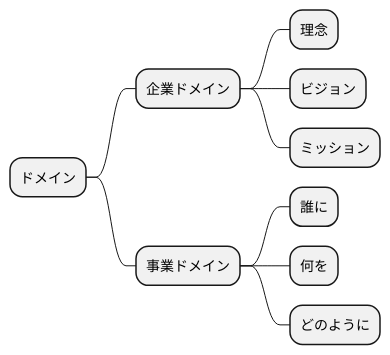
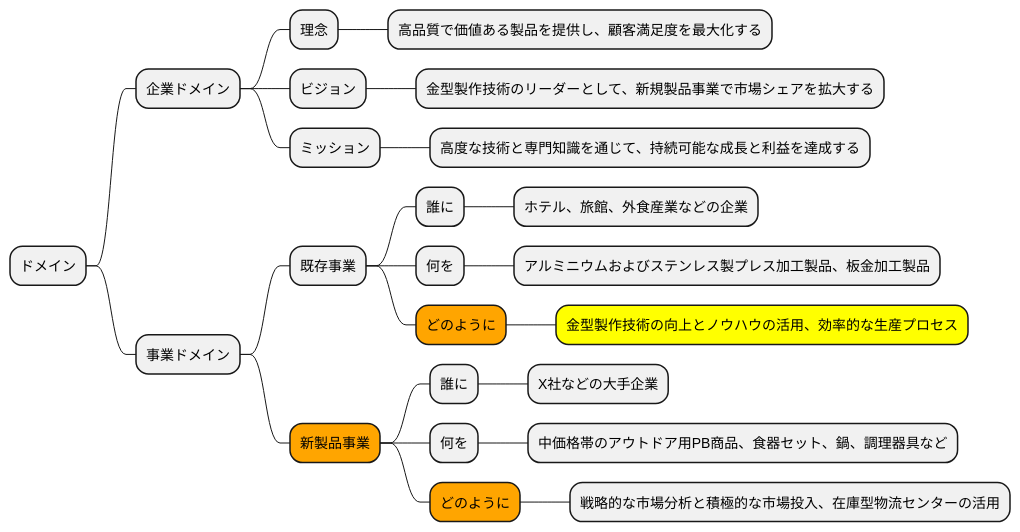
One commit to k2works/case-sutudy-business-analysis changed the fifth of 16 diagrams in docs/case/r04_case_3.adoc. Above: the diagram before and after it, drawn with PlantUML. The commit also changed other lines of this file and 1 other file, not shown here.

```diff
--- a/docs/case/r04_case_3.adoc
+++ b/docs/case/r04_case_3.adoc
@@ -205,16 +204,30 @@
 [plantuml]
 ----
 @startmindmap
 
 * ドメイン
 ** 企業ドメイン
 *** 理念
+**** 高品質で価値ある製品を提供し、顧客満足度を最大化する
 *** ビジョン
+**** 金型製作技術のリーダーとして、新規製品事業で市場シェアを拡大する
 *** ミッション
+**** 高度な技術と専門知識を通じて、持続可能な成長と利益を達成する
 ** 事業ドメイン
-*** 誰に
-*** 何を
-*** どのように
+*** 既存事業
+**** 誰に
+***** ホテル、旅館、外食産業などの企業
+**** 何を
+***** アルミニウムおよびステンレス製プレス加工製品、板金加工製品
+****[#orange] どのように
+*****[#yellow]  金型製作技術の向上とノウハウの活用、効率的な生産プロセス
+***[#orange] 新製品事業
+**** 誰に
+***** X社などの大手企業
+**** 何を
+***** 中価格帯のアウトドア用PB商品、食器セット、鍋、調理器具など
+****[#orange] どのように
+***** 戦略的な市場分析と積極的な市場投入、在庫型物流センターの活用
 
 @endmindmap
 ----
```
